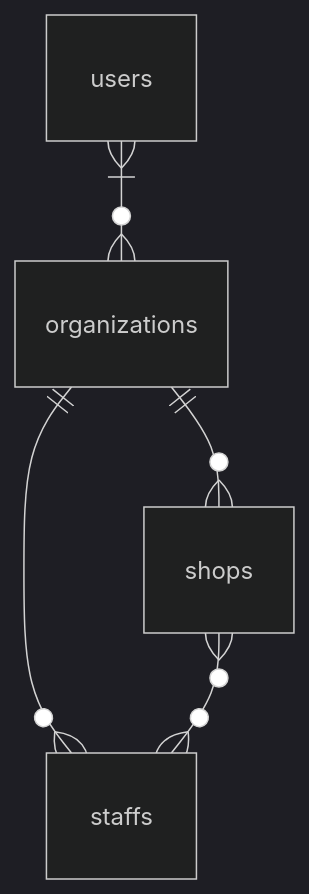
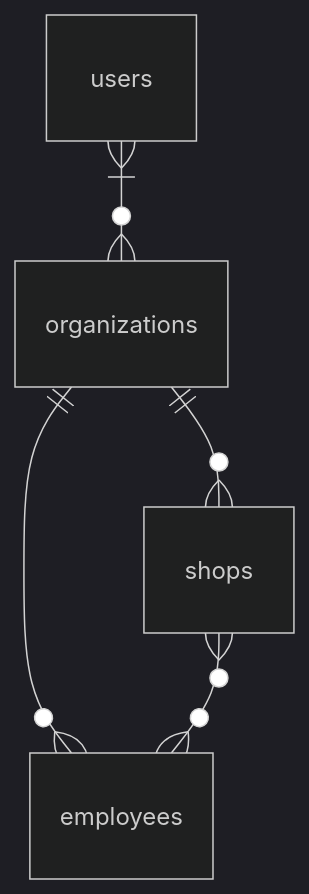
Before and after one commit to qr-snap-order/qr-snap-order-backend: the first of 2 diagrams in README.md, drawn with Mermaid (dark theme). The commit also changed other lines of this file and 14 other files, not shown here.

````diff
--- a/README.md
+++ b/README.md
@@ -13,7 +13,7 @@
 ```mermaid
 erDiagram
     users }|--o{ organizations : ""
     organizations ||--o{ shops : ""
-    organizations ||--o{ staffs : ""
-    shops }o--o{ staffs : ""
+    organizations ||--o{ employees : ""
+    shops }o--o{ employees : ""
 ```
````
